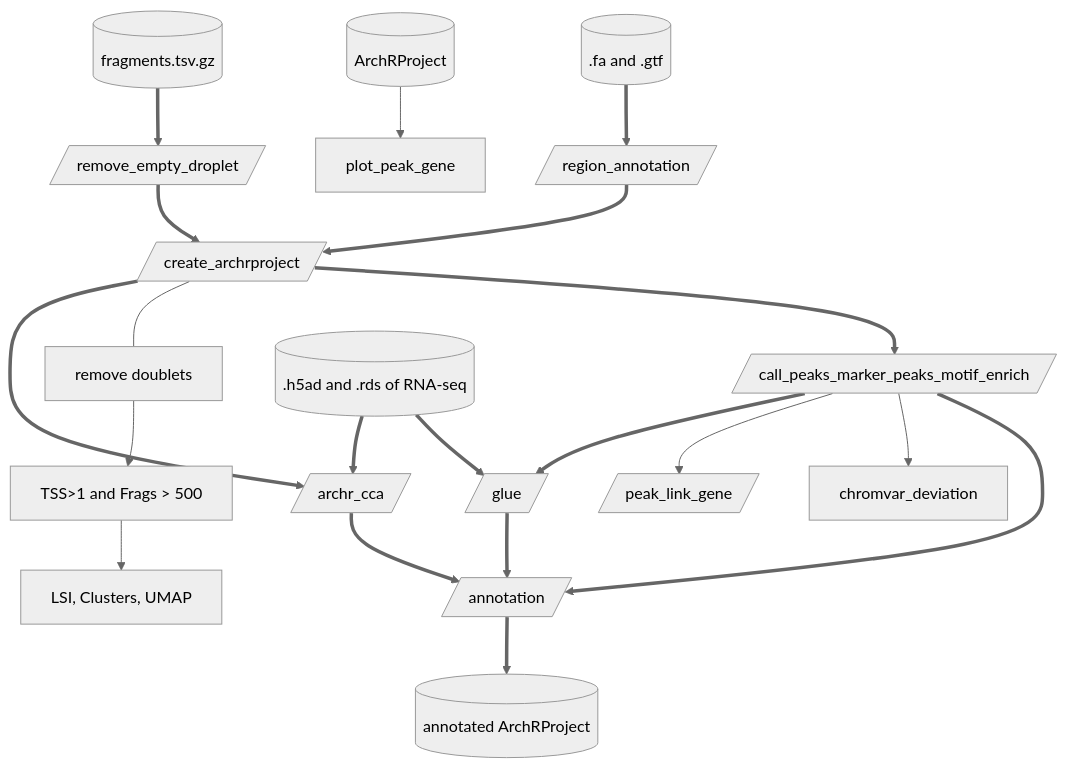
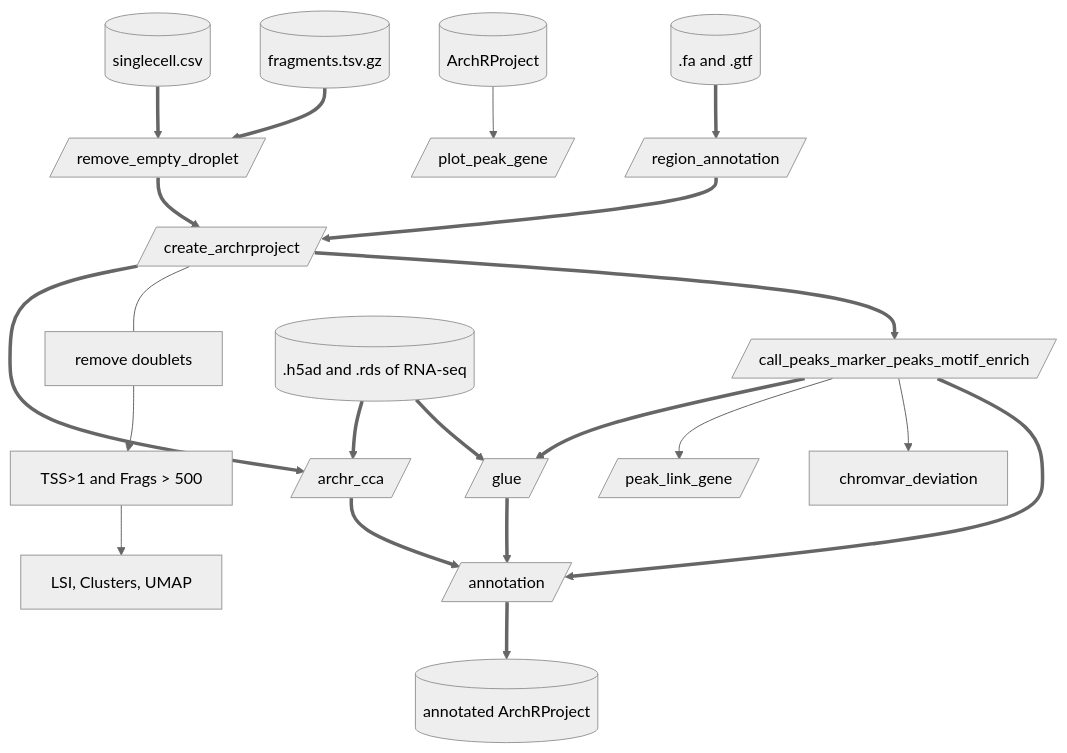
Before and after one commit to ydgenomics/omics4plant: the first of 2 diagrams in SOFTWARE/ArchR/NOTEs/NOTE-archr/README.md, drawn with Mermaid (neutral theme).

Commit message:
atac pipeline

````diff
--- a/SOFTWARE/ArchR/NOTEs/NOTE-archr/README.md
+++ b/SOFTWARE/ArchR/NOTEs/NOTE-archr/README.md
@@ -20,14 +20,15 @@
 ```mermaid
 flowchart TB
 0[(.fa and .gtf)] ==> 0.1[/region_annotation/]==>3
 1[(fragments.tsv.gz)] ==> 2[/remove_empty_droplet/] ==> 3[/create_archrproject/] ==> 4[/call_peaks_marker_peaks_motif_enrich/] ==> 10[/annotation/]
+1.1[(singlecell.csv)] ==> 2
 3 --- 3.1[remove doublets] --> 3.2[TSS>1 and Frags > 500] --> 3.3[LSI, Clusters, UMAP]
 4 --> 4.1[chromvar_deviation]
 4 --> 5[/peak_link_gene/]
 4 ==> 8[/glue/] ==> 10
 02[(.h5ad and .rds of RNA-seq)] ==> 8
 3 ==> 9[/archr_cca/] ==> 10
 02 ==> 9
 10 ==> 11[(annotated ArchRProject)]
-6[(ArchRProject)] --> 7[plot_peak_gene]
+6[(ArchRProject)] --> 7[/plot_peak_gene/]
 ```
````
